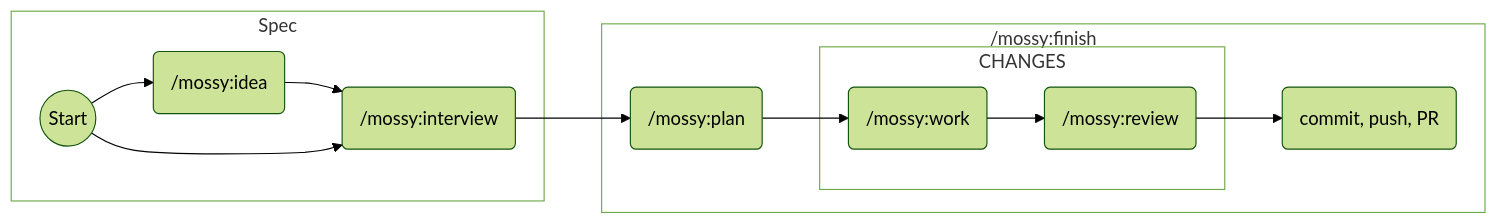
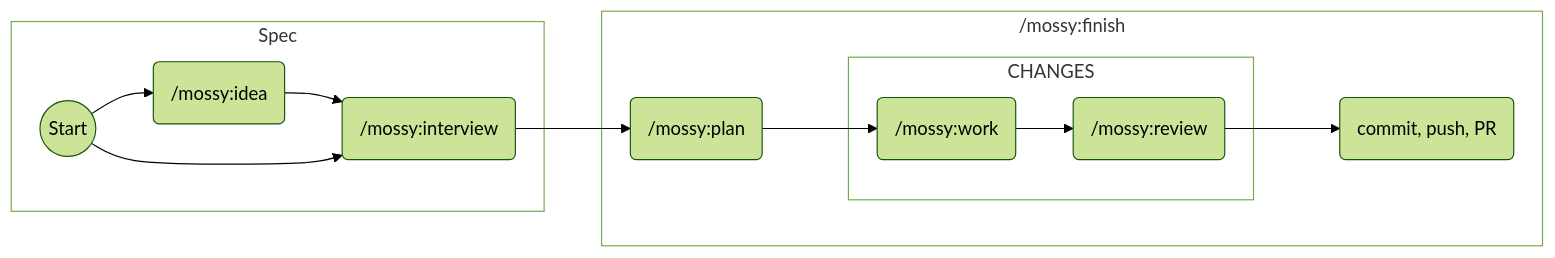
One commit to MossySlackAI/mossy-slop changed the diagram in README.md. Above: the diagram before and after it, drawn with Mermaid (forest theme). The commit also changed other lines of this file, not shown here.

Commit message:
Improve layout of flowchart

````diff
--- a/README.md
+++ b/README.md
@@ -25,28 +29,31 @@
 ```mermaid
-
 flowchart LR
     subgraph SPEC[Spec]
         START((Start)) -->
         IDEA(/mossy:idea) -->
         INTERVIEW(/mossy:interview)
     end
 
     subgraph FINISH[ /mossy:finish]
-        subgraph CHANGES
-            WORK(/mossy:work) -->
-            REVIEW(/mossy:review)
+        style FINISH padding:40px
+        subgraph PADDING1[" "]
+            subgraph CHANGES
+                WORK(/mossy:work) -->
+                REVIEW(/mossy:review)
+            end
         end
 
         PLAN(/mossy:plan) -->
         WORK
 
         REVIEW -->
         COMMIT(commit, push, PR)
     end
 
     START --> INTERVIEW --> PLAN
 
     class CHANGES,SPEC,FINISH sub
     classDef sub fill:none
- 
+    class PADDING1 padding
+    classDef padding opacity:0
 ```
````
